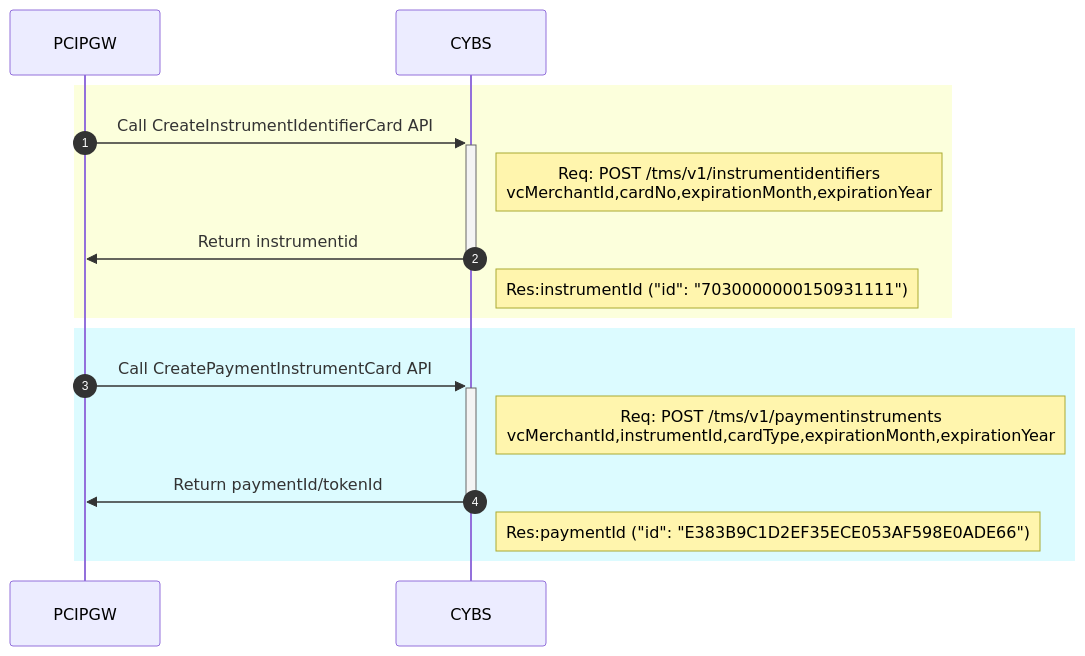
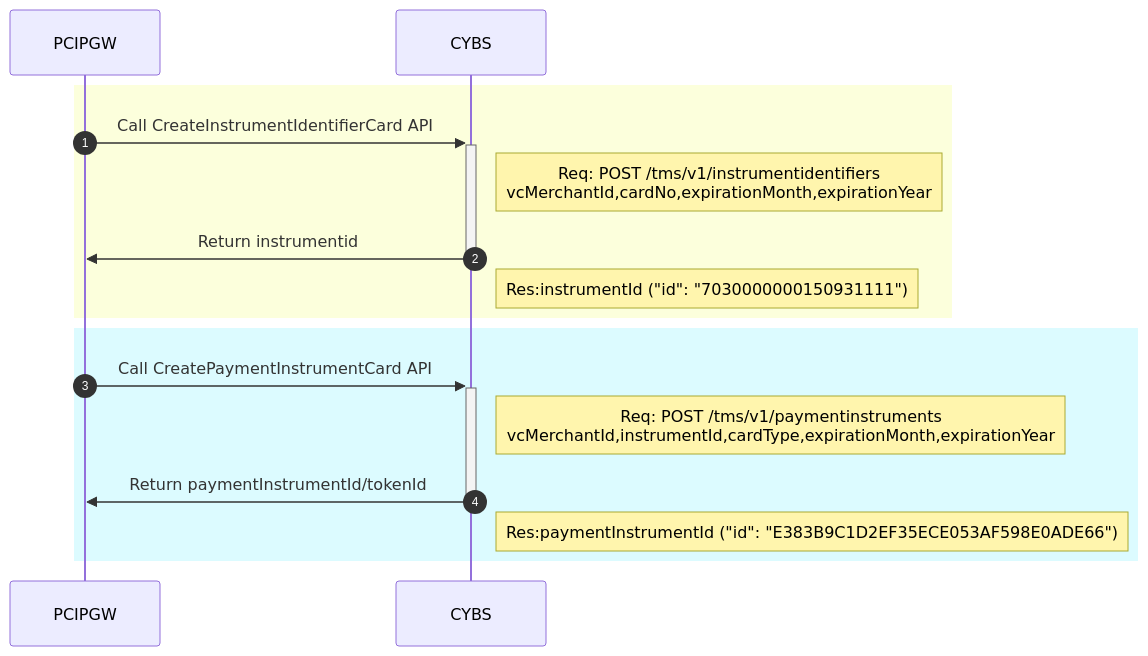
Before and after one commit to yuusuke25/MyNotes: the first of 8 diagrams in Cybs-Ph2-Flow3.md, drawn with Mermaid. The commit also changed other lines of this file, not shown here.

````diff
--- a/Cybs-Ph2-Flow3.md
+++ b/Cybs-Ph2-Flow3.md
@@ -2,16 +2,16 @@
 ```mermaid
     sequenceDiagram
     autonumber
         rect rgb(252, 255, 220)
             PCIPGW->>+CYBS:Call CreateInstrumentIdentifierCard API
             Note right of CYBS: Req: POST /tms/v1/instrumentidentifiers<br>vcMerchantId,cardNo,expirationMonth,expirationYear
             CYBS->>-PCIPGW:Return instrumentid
             Note right of CYBS: Res:instrumentId ("id": "7030000000150931111")
         end
         rect rgb(220, 251, 255)
             PCIPGW->>+CYBS:Call CreatePaymentInstrumentCard API
             Note right of CYBS: Req: POST /tms/v1/paymentinstruments<br>vcMerchantId,instrumentId,cardType,expirationMonth,expirationYear
-            CYBS->>-PCIPGW:Return paymentId/tokenId
-            Note right of CYBS: Res:paymentId ("id": "E383B9C1D2EF35ECE053AF598E0ADE66")
+            CYBS->>-PCIPGW:Return paymentInstrumentId/tokenId
+            Note right of CYBS: Res:paymentInstrumentId ("id": "E383B9C1D2EF35ECE053AF598E0ADE66")
         end
 ```
````
